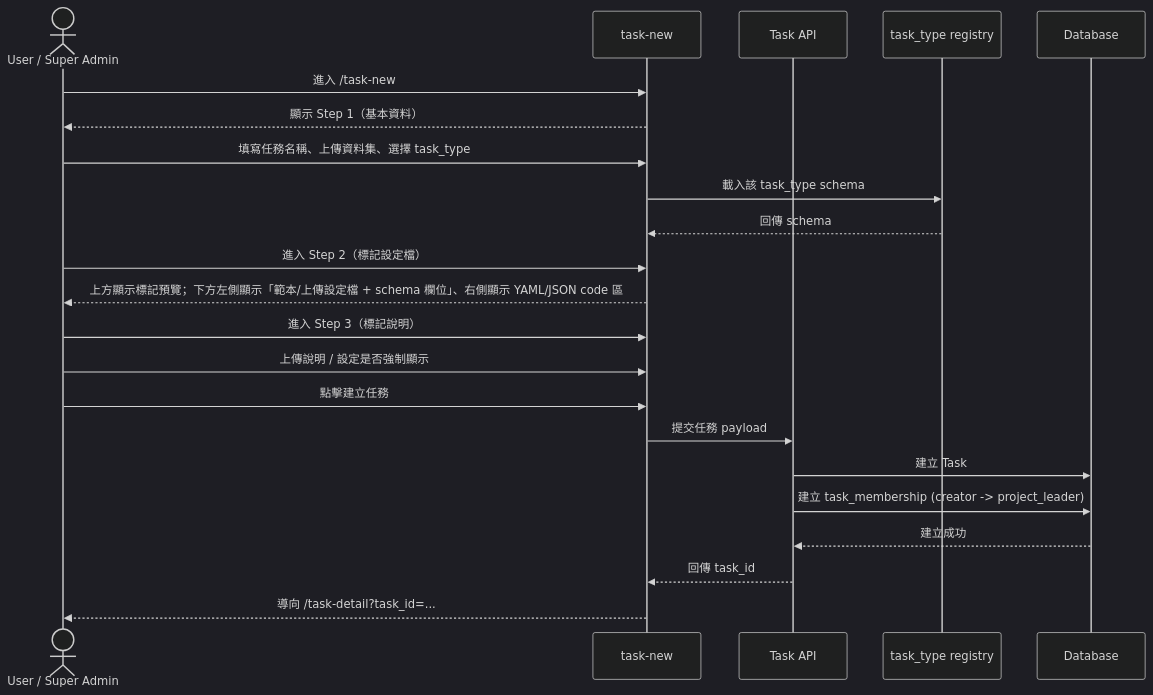
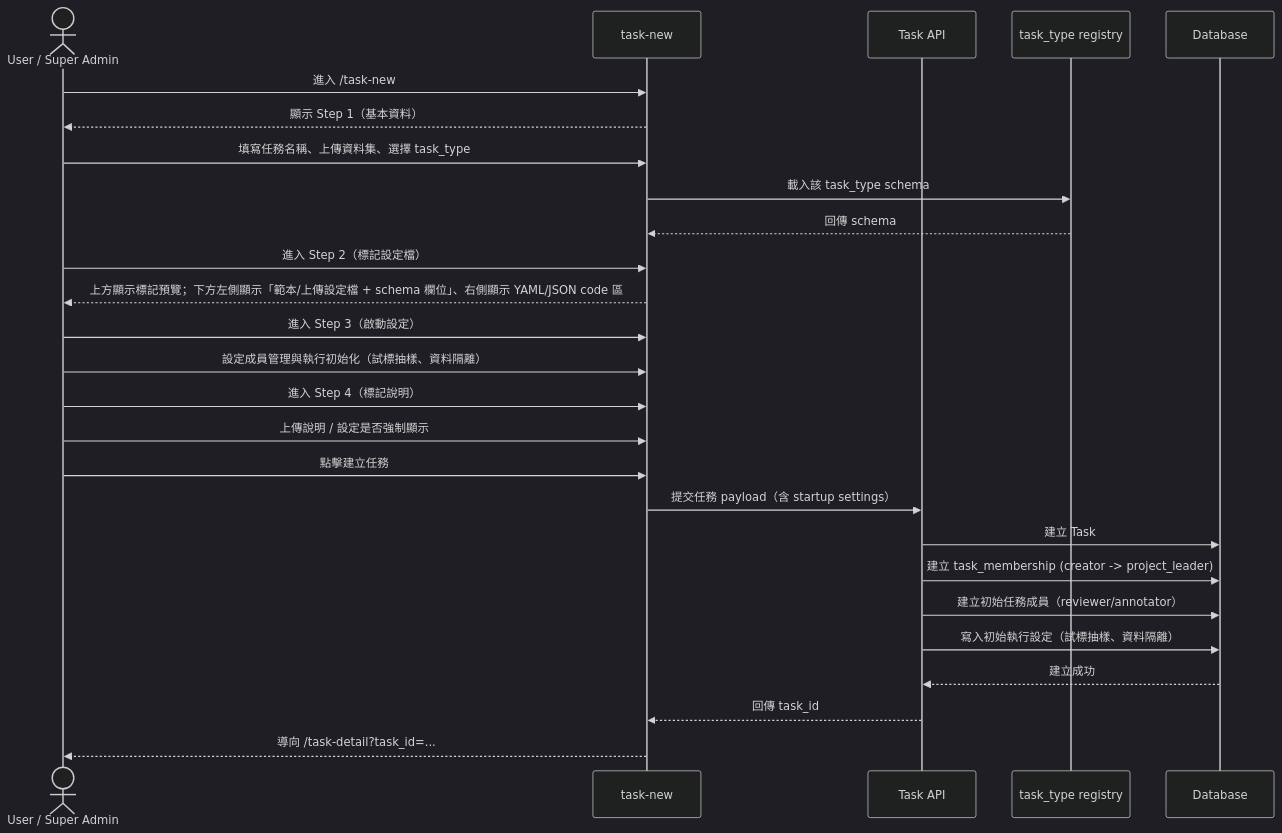
One commit to singyichen/label-suite changed the first of 2 diagrams in specs/task-management/013-task-new/spec.md. Above: the diagram before and after it, drawn with Mermaid (dark theme). The commit also changed other lines of this file and 2 other files, not shown here.

Commit message:
task-management: sync task-new/task-detail startup settings and wording

````diff
--- a/specs/task-management/013-task-new/spec.md
+++ b/specs/task-management/013-task-new/spec.md
@@ -30,29 +34,34 @@
 ```mermaid
 sequenceDiagram
     actor U as User / Super Admin
     participant UI as task-new
     participant API as Task API
     participant Registry as task_type registry
     participant DB as Database
 
     U->>UI: 進入 /task-new
     UI-->>U: 顯示 Step 1（基本資料）
 
     U->>UI: 填寫任務名稱、上傳資料集、選擇 task_type
     UI->>Registry: 載入該 task_type schema
     Registry-->>UI: 回傳 schema
 
     U->>UI: 進入 Step 2（標記設定檔）
     UI-->>U: 上方顯示標記預覽；下方左側顯示「範本/上傳設定檔 + schema 欄位」、右側顯示 YAML/JSON code 區
 
-    U->>UI: 進入 Step 3（標記說明）
+    U->>UI: 進入 Step 3（啟動設定）
+    U->>UI: 設定成員管理與執行初始化（試標抽樣、資料隔離）
+
+    U->>UI: 進入 Step 4（標記說明）
     U->>UI: 上傳說明 / 設定是否強制顯示
 
     U->>UI: 點擊建立任務
-    UI->>API: 提交任務 payload
+    UI->>API: 提交任務 payload（含 startup settings）
     API->>DB: 建立 Task
     API->>DB: 建立 task_membership (creator -> project_leader)
+    API->>DB: 建立初始任務成員（reviewer/annotator）
+    API->>DB: 寫入初始執行設定（試標抽樣、資料隔離）
     DB-->>API: 建立成功
     API-->>UI: 回傳 task_id
     UI-->>U: 導向 /task-detail?task_id=...
 ```
````
